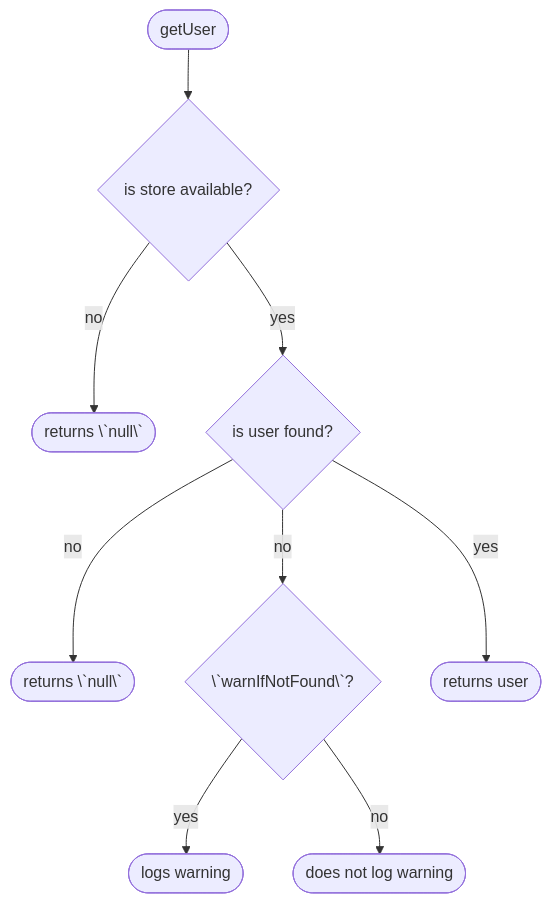
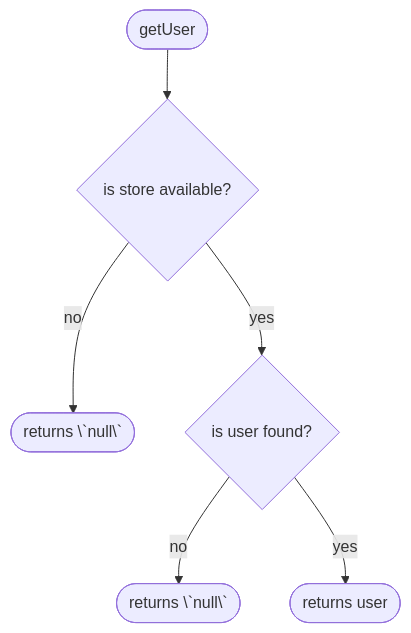
One commit to arnaudrenaud/speccharts changed the diagram in example-specs/questions/getUser.spec.ts.mmd. Above: the diagram before and after it, drawn with Mermaid. The commit also changed 4 other files, not shown here.

```diff
--- a/example-specs/questions/getUser.spec.ts.mmd
+++ b/example-specs/questions/getUser.spec.ts.mmd
@@ -1,20 +1,14 @@
 flowchart TD
 N0(["getUser"])
 N1{"is store available?"}
 N0 --> N1
 N2(["returns \`null\`"])
 N1 -- no --> N2
 N3{"is user found?"}
 N4(["returns \`null\`"])
 N3 -- no --> N4
-N5{"\`warnIfNotFound\`?"}
-N6(["logs warning"])
-N5 -- yes --> N6
-N7(["does not log warning"])
-N5 -- no --> N7
-N3 -- no --> N5
-N8(["returns user"])
-N3 -- yes --> N8
+N5(["returns user"])
+N3 -- yes --> N5
 N1 -- yes --> N3
 
-%% ✴ Generated by speccharts v0.4.1 ✴ https://github.com/arnaudrenaud/speccharts
+%% ✴ Generated by speccharts v0.4.3 ✴ https://github.com/arnaudrenaud/speccharts
```
